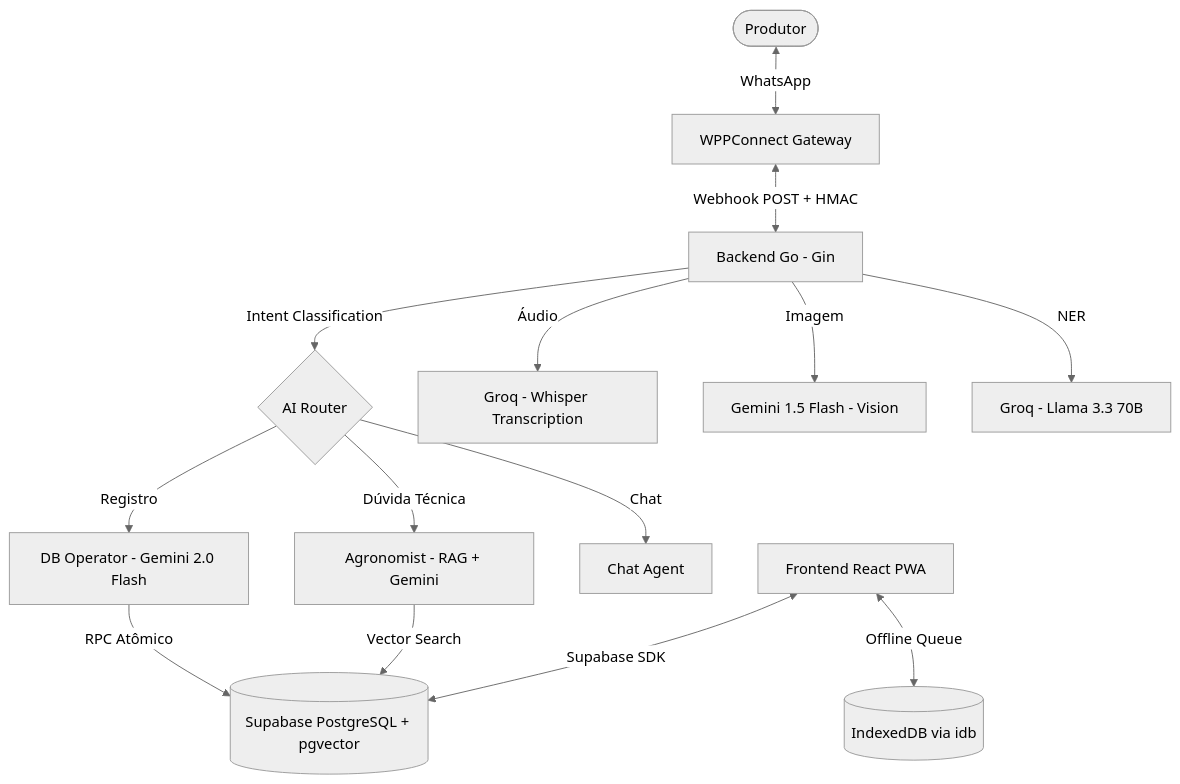
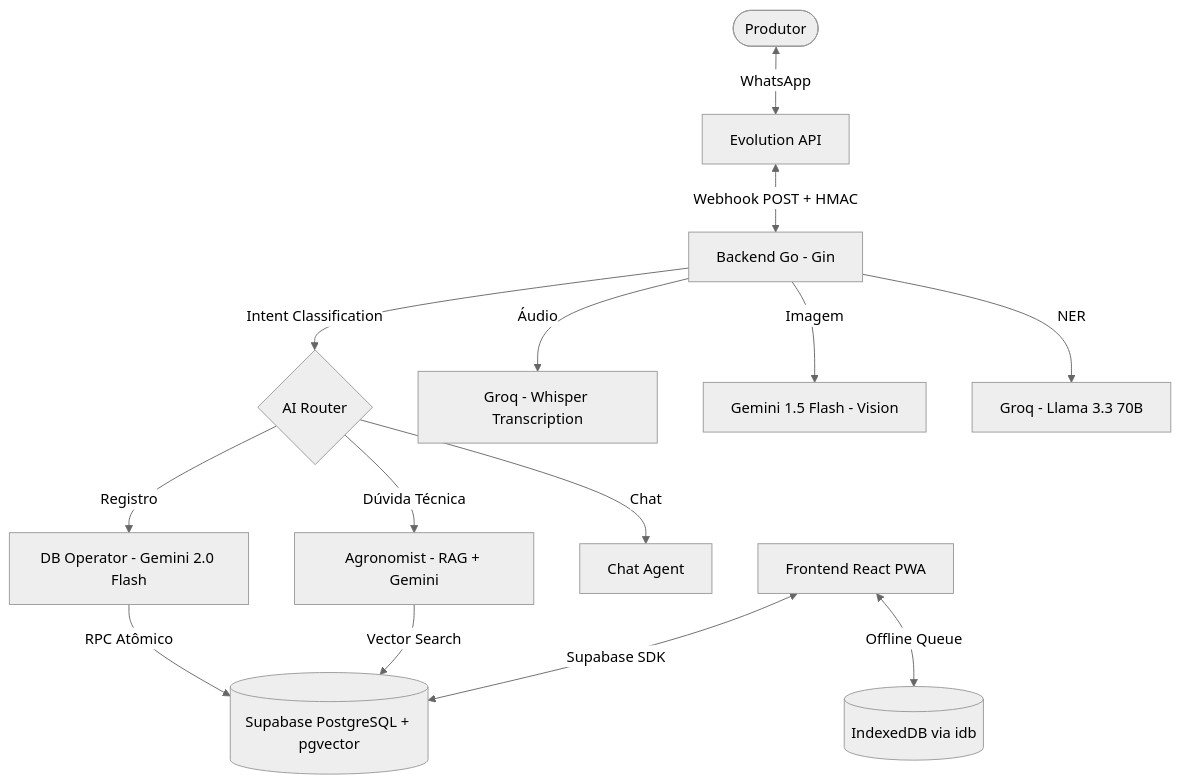
Before and after one commit to thebrunm97/manejo-org: the diagram in docs/architecture/overview.md, drawn with Mermaid (neutral theme). The commit also changed other lines of this file and 56 other files, not shown here.

````diff
--- a/docs/architecture/overview.md
+++ b/docs/architecture/overview.md
@@ -23,16 +23,16 @@
 ```mermaid
 graph TD
-    User([Produtor]) <-->|WhatsApp| WPP[WPPConnect Gateway]
+    User([Produtor]) <-->|WhatsApp| WPP[Evolution API]
     WPP <-->|Webhook POST + HMAC| BE[Backend Go - Gin]
     BE -->|Intent Classification| ROUTER{AI Router}
     ROUTER -->|Registro| DB_OP[DB Operator - Gemini 2.0 Flash]
     ROUTER -->|Dúvida Técnica| AGRO[Agronomist - RAG + Gemini]
     ROUTER -->|Chat| CHAT[Chat Agent]
     DB_OP -->|RPC Atômico| DB[(Supabase PostgreSQL + pgvector)]
     AGRO -->|Vector Search| DB
     BE -->|Áudio| GROQ[Groq - Whisper Transcription]
     BE -->|Imagem| GEMINI_V[Gemini 1.5 Flash - Vision]
     BE -->|NER| GROQ_NER[Groq - Llama 3.3 70B]
     FE[Frontend React PWA] <-->|Supabase SDK| DB
     FE <-->|Offline Queue| IDB[(IndexedDB via idb)]
 ```
````
